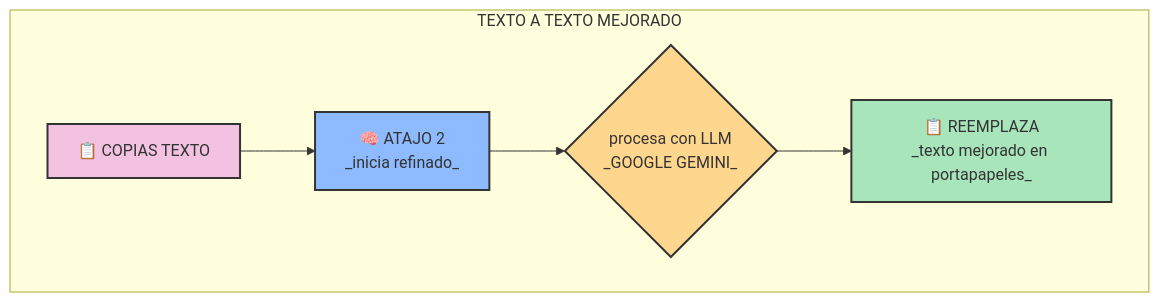
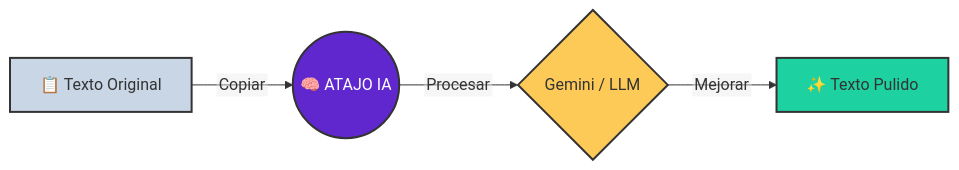
Before and after one commit to zarvent/v2m-lab: the second of 2 diagrams in docs/guia_rapida.md, drawn with Mermaid. The commit also changed other lines of this file and 14 other files, not shown here.

````diff
--- a/docs/guia_rapida.md
+++ b/docs/guia_rapida.md
@@ -36,14 +40,12 @@
 ```mermaid
 %%{init: {"flowchart": {"htmlLabels": false}} }%%
-flowchart TD
-    subgraph TEXTO A TEXTO MEJORADO
-        A["📋 COPIAS TEXTO"] --> B["🧠 ATAJO 2<br/>_inicia refinado_"]
-        B --> C{"procesa con LLM<br/>_GOOGLE GEMINI_"}
-        C --> D["📋 REEMPLAZA<br/>_texto mejorado en portapapeles_"]
-    end
+flowchart LR
+    A[📋 Texto Original] -->|Copiar| B((🧠 ATAJO IA))
+    B -->|Procesar| C{Gemini / LLM}
+    C -->|Mejorar| D[✨ Texto Pulido]
 
-    style A fill:#F2C2E0,stroke:#333,stroke-width:2px
-    style B fill:#8EBBFF,stroke:#333,stroke-width:2px
-    style C fill:#FFD68E,stroke:#333,stroke-width:2px
-    style D fill:#A9E5BB,stroke:#333,stroke-width:2px
+    style A fill:#c8d6e5,stroke:#333,stroke-width:2px
+    style B fill:#5f27cd,stroke:#333,stroke-width:2px,color:white
+    style C fill:#feca57,stroke:#333,stroke-width:2px
+    style D fill:#1dd1a1,stroke:#333,stroke-width:2px
 ```
````
